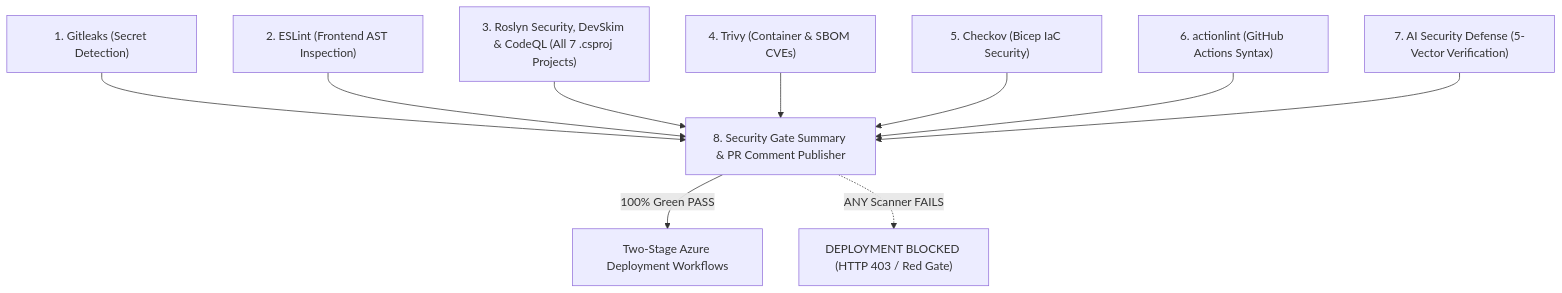
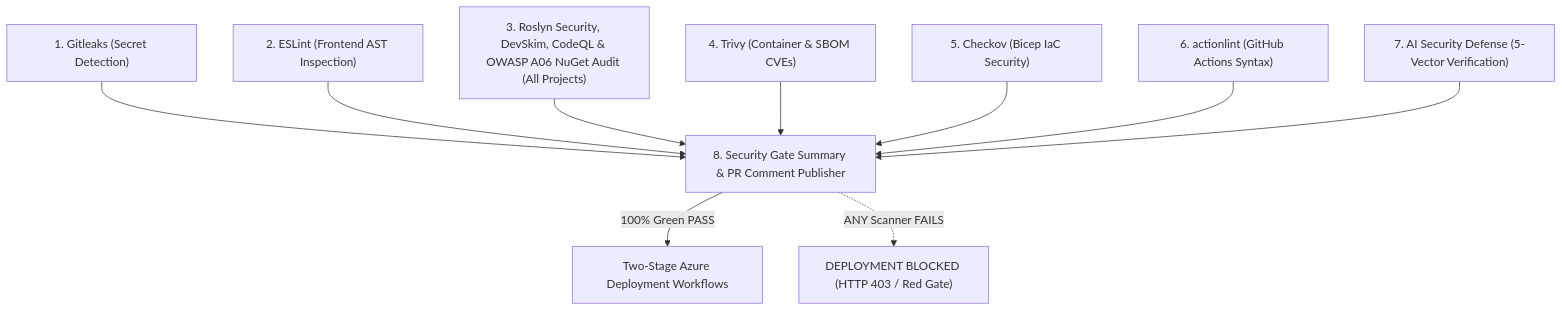
One commit to nikunjbanker/diet-dost changed the diagram in docs/sdd/04_security_and_compliance.md. Above: the diagram before and after it, drawn with Mermaid. The commit also changed 9 other files, not shown here.

Commit message:
fix(security): resolve MessagePack CVE and integrate OWASP A06 NuGet audit into code scanning (ADR-107)

````diff
--- a/docs/sdd/04_security_and_compliance.md
+++ b/docs/sdd/04_security_and_compliance.md
@@ -120,16 +120,16 @@
 ```mermaid
 graph TD
     SCAN1["1. Gitleaks (Secret Detection)"]
     SCAN2["2. ESLint (Frontend AST Inspection)"]
-    SCAN3["3. Roslyn Security, DevSkim & CodeQL (All 7 .csproj Projects)"]
+    SCAN3["3. Roslyn Security, DevSkim, CodeQL & OWASP A06 NuGet Audit (All Projects)"]
     SCAN4["4. Trivy (Container & SBOM CVEs)"]
     SCAN5["5. Checkov (Bicep IaC Security)"]
     SCAN6["6. actionlint (GitHub Actions Syntax)"]
     SCAN7["7. AI Security Defense (5-Vector Verification)"]
     SUMMARY["8. Security Gate Summary & PR Comment Publisher"]
     DEPLOY["Two-Stage Azure Deployment Workflows"]
 
     SCAN1 & SCAN2 & SCAN3 & SCAN4 & SCAN5 & SCAN6 & SCAN7 --> SUMMARY
     SUMMARY -->|100% Green PASS| DEPLOY
     SUMMARY -.->|ANY Scanner FAILS| BLOCKED["DEPLOYMENT BLOCKED (HTTP 403 / Red Gate)"]
 ```
````
